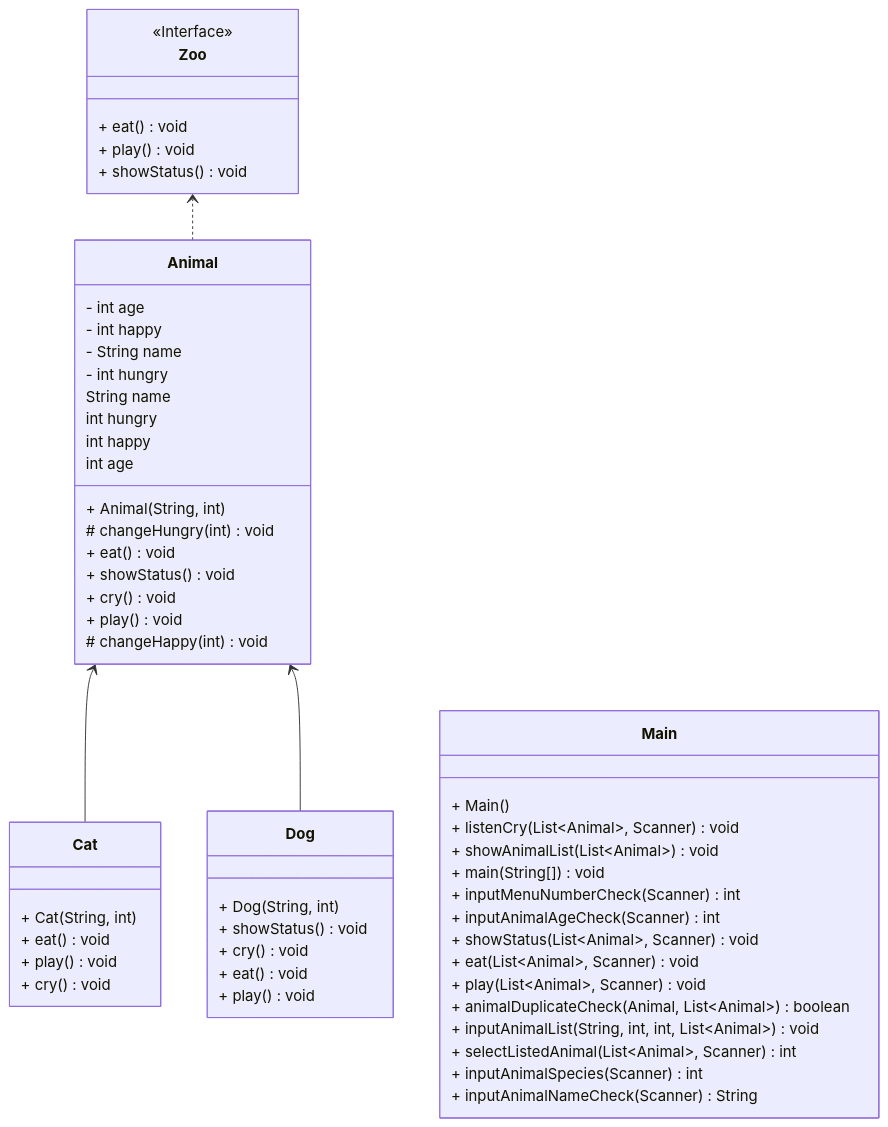
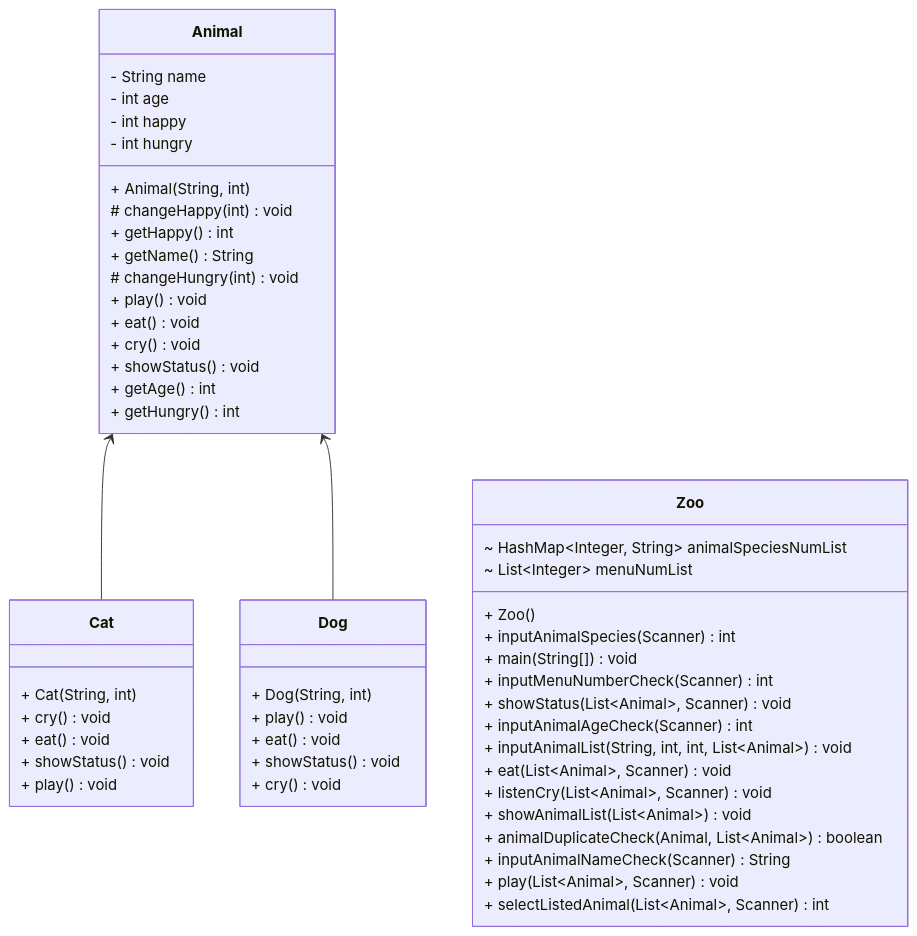
The diagram in README.md (KYJTHEYJ/spartacamp_spring2_animal_care), drawn with Mermaid before and after one commit.

Commit message:
Update README.md
fix: 1단계 다이어그램 구조 변경으로 재 생성

````diff
--- a/README.md
+++ b/README.md
@@ -9,60 +9,56 @@
 ```mermaid
 classDiagram
 direction BT
 class Animal {
   + Animal(String, int) 
+  - String name
   - int age
   - int happy
-  - String name
   - int hungry
+  # changeHappy(int) void
+  + getHappy() int
+  + getName() String
   # changeHungry(int) void
+  + play() void
+  + eat() void
+  + cry() void
+  + showStatus() void
+  + getAge() int
+  + getHungry() int
+}
+class Cat {
+  + Cat(String, int) 
+  + cry() void
+  + eat() void
+  + showStatus() void
+  + play() void
+}
+class Dog {
+  + Dog(String, int) 
+  + play() void
   + eat() void
   + showStatus() void
   + cry() void
-  + play() void
-  # changeHappy(int) void
-   String name
-   int hungry
-   int happy
-   int age
 }
-class Cat {
-  + Cat(String, int) 
-  + eat() void
-  + play() void
-  + cry() void
-}
-class Dog {
-  + Dog(String, int) 
-  + showStatus() void
-  + cry() void
-  + eat() void
-  + play() void
-}
-class Main {
-  + Main() 
+class Zoo {
+  + Zoo() 
+  ~ HashMap~Integer, String~ animalSpeciesNumList
+  ~ List~Integer~ menuNumList
+  + inputAnimalSpecies(Scanner) int
+  + main(String[]) void
+  + inputMenuNumberCheck(Scanner) int
+  + showStatus(List~Animal~, Scanner) void
+  + inputAnimalAgeCheck(Scanner) int
+  + inputAnimalList(String, int, int, List~Animal~) void
+  + eat(List~Animal~, Scanner) void
   + listenCry(List~Animal~, Scanner) void
   + showAnimalList(List~Animal~) void
-  + main(String[]) void
-  + inputMenuNumberCheck(Scanner) int
-  + inputAnimalAgeCheck(Scanner) int
-  + showStatus(List~Animal~, Scanner) void
-  + eat(List~Animal~, Scanner) void
+  + animalDuplicateCheck(Animal, List~Animal~) boolean
+  + inputAnimalNameCheck(Scanner) String
   + play(List~Animal~, Scanner) void
-  + animalDuplicateCheck(Animal, List~Animal~) boolean
-  + inputAnimalList(String, int, int, List~Animal~) void
   + selectListedAnimal(List~Animal~, Scanner) int
-  + inputAnimalSpecies(Scanner) int
-  + inputAnimalNameCheck(Scanner) String
-}
-class Zoo {
-<<Interface>>
-  + eat() void
-  + play() void
-  + showStatus() void
 }
 
-Animal  ..>  Zoo 
 Cat  -->  Animal 
-Dog  -->  Animal
+Dog  -->  Animal 
 ```
````
